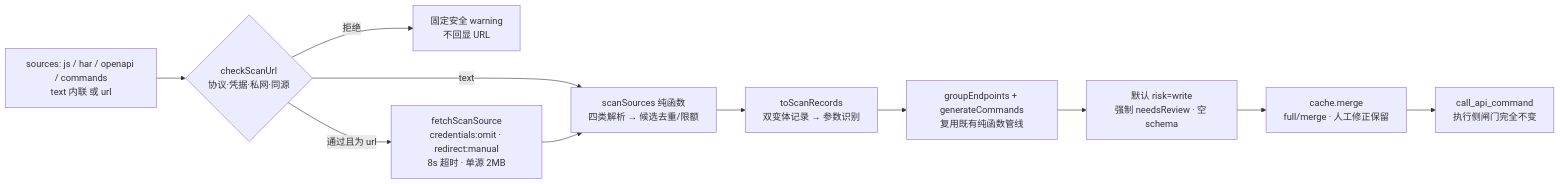
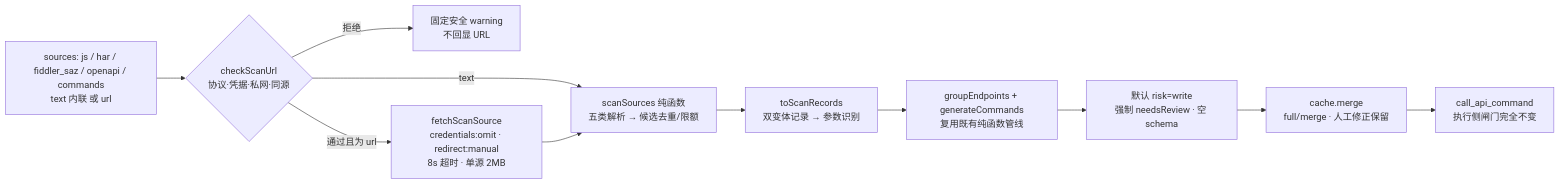
The diagram in docs/api-command-site-scan-design.md (openpeng/webdoc), drawn with Mermaid before and after one commit. The commit also changed other lines of this file and 25 other files, not shown here.

````diff
--- a/docs/api-command-site-scan-design.md
+++ b/docs/api-command-site-scan-design.md
@@ -70,13 +70,13 @@
 ```mermaid
 flowchart LR
-  A["sources: js / har / openapi / commands<br/>text 内联 或 url"] --> B{"checkScanUrl<br/>协议·凭据·私网·同源"}
+  A["sources: js / har / fiddler_saz / openapi / commands<br/>text 内联 或 url"] --> B{"checkScanUrl<br/>协议·凭据·私网·同源"}
   B -- 拒绝 --> W["固定安全 warning<br/>不回显 URL"]
   B -- 通过且为 url --> C["fetchScanSource<br/>credentials:omit · redirect:manual<br/>8s 超时 · 单源 2MB"]
   B -- text --> D
-  C --> D["scanSources 纯函数<br/>四类解析 → 候选去重/限额"]
+  C --> D["scanSources 纯函数<br/>五类解析 → 候选去重/限额"]
   D --> E["toScanRecords<br/>双变体记录 → 参数识别"]
   E --> F["groupEndpoints + generateCommands<br/>复用既有纯函数管线"]
   F --> G["默认 risk=write<br/>强制 needsReview · 空 schema"]
   G --> H["cache.merge<br/>full/merge · 人工修正保留"]
   H --> I["call_api_command<br/>执行侧闸门完全不变"]
 ```
````
